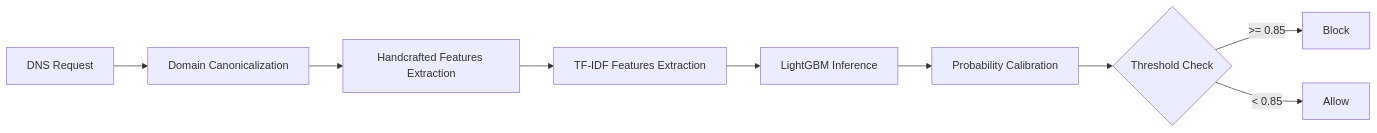
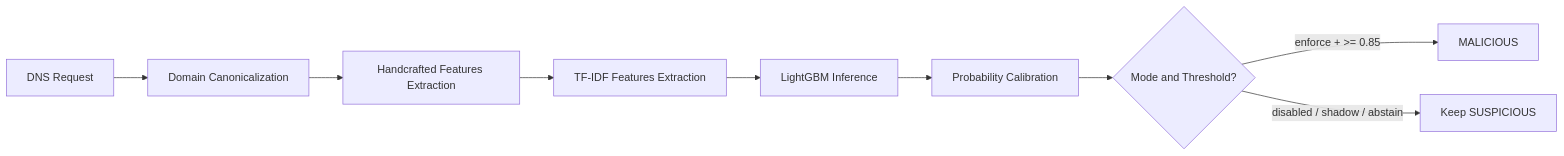
One commit to vmcchooky/safe-zone changed the second of 2 diagrams in docs/research/ml/method.md. Above: the diagram before and after it, drawn with Mermaid. The commit also changed other lines of this file and 7 other files, not shown here.

````diff
--- a/docs/research/ml/method.md
+++ b/docs/research/ml/method.md
@@ -54,11 +60,11 @@
 ```mermaid
 flowchart LR
     A[DNS Request] --> B[Domain Canonicalization]
     B --> C[Handcrafted Features Extraction]
     C --> D[TF-IDF Features Extraction]
     D --> E[LightGBM Inference]
     E --> F[Probability Calibration]
-    F --> G{Threshold Check}
-    G -- >= 0.85 --> H[Block]
-    G -- < 0.85 --> I[Allow]
+    F --> G{"Mode and Threshold?"}
+    G -- "enforce + >= 0.85" --> H[MALICIOUS]
+    G -- "disabled / shadow / abstain" --> I[Keep SUSPICIOUS]
 ```
````
